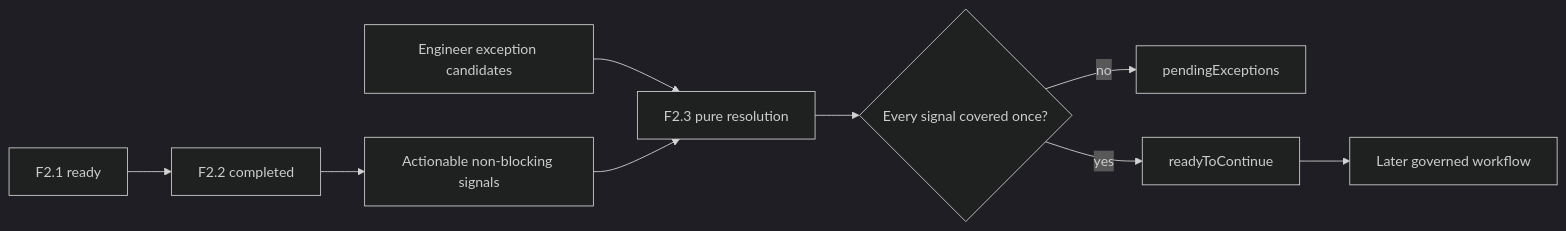
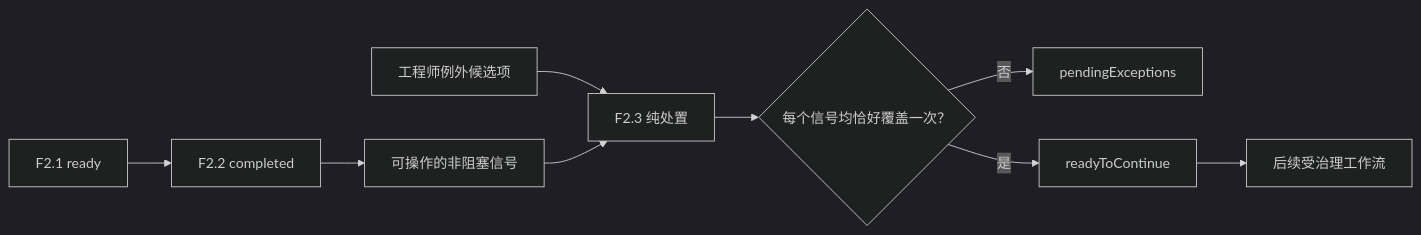
Before and after one commit to MS-AI-in-Product-Making/TA-Assist-Agent: the diagram in docs/superpowers/specs/2026-07-27-f2-3-exception-resolution-design.md, drawn with Mermaid (dark theme). The commit also changed other lines of this file and 4 other files, not shown here.

````diff
--- a/docs/superpowers/specs/2026-07-27-f2-3-exception-resolution-design.md
+++ b/docs/superpowers/specs/2026-07-27-f2-3-exception-resolution-design.md
@@ -42,11 +32,11 @@
 ```mermaid
 flowchart LR
     F21[F2.1 ready] --> F22[F2.2 completed]
-    F22 --> SIG[Actionable non-blocking signals]
-    CAND[Engineer exception candidates] --> F23[F2.3 pure resolution]
+    F22 --> SIG[可操作的非阻塞信号]
+    CAND[工程师例外候选项] --> F23[F2.3 纯处置]
     SIG --> F23
-    F23 --> DEC{Every signal covered once?}
-    DEC -- no --> PENDING[pendingExceptions]
-    DEC -- yes --> READY[readyToContinue]
-    READY --> NEXT[Later governed workflow]
+    F23 --> DEC{每个信号均恰好覆盖一次？}
+    DEC -- 否 --> PENDING[pendingExceptions]
+    DEC -- 是 --> READY[readyToContinue]
+    READY --> NEXT[后续受治理工作流]
 ```
````
